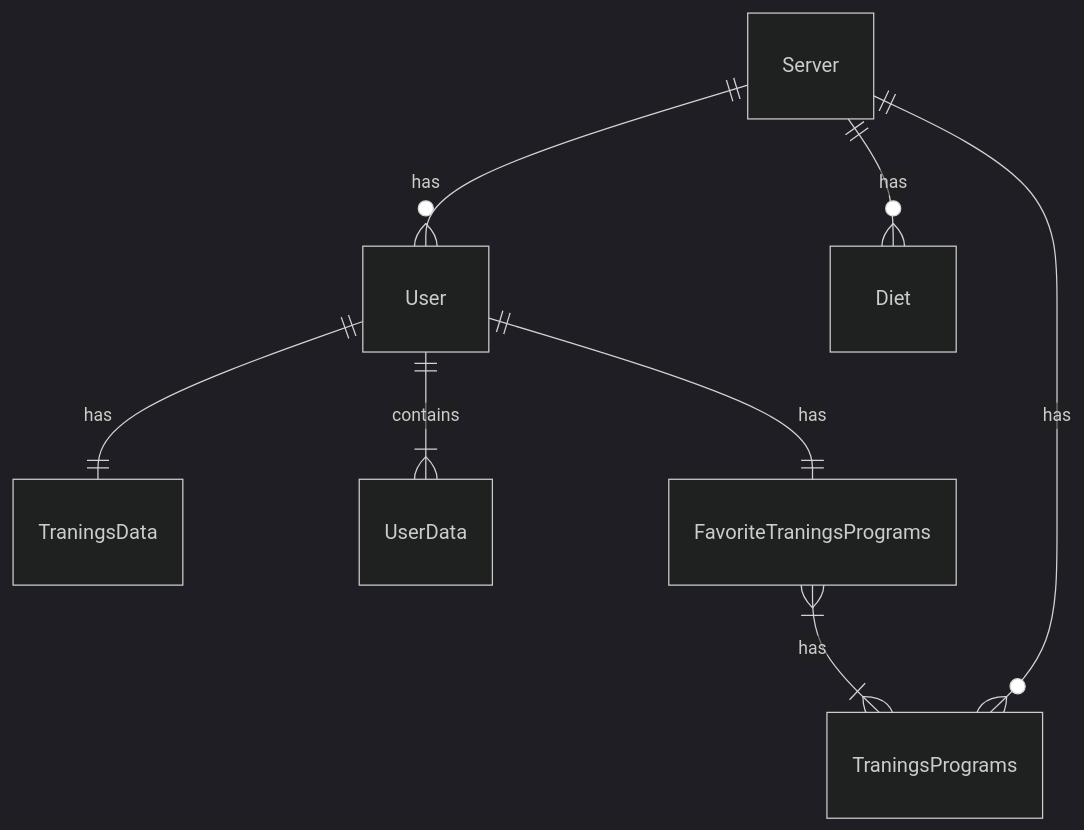
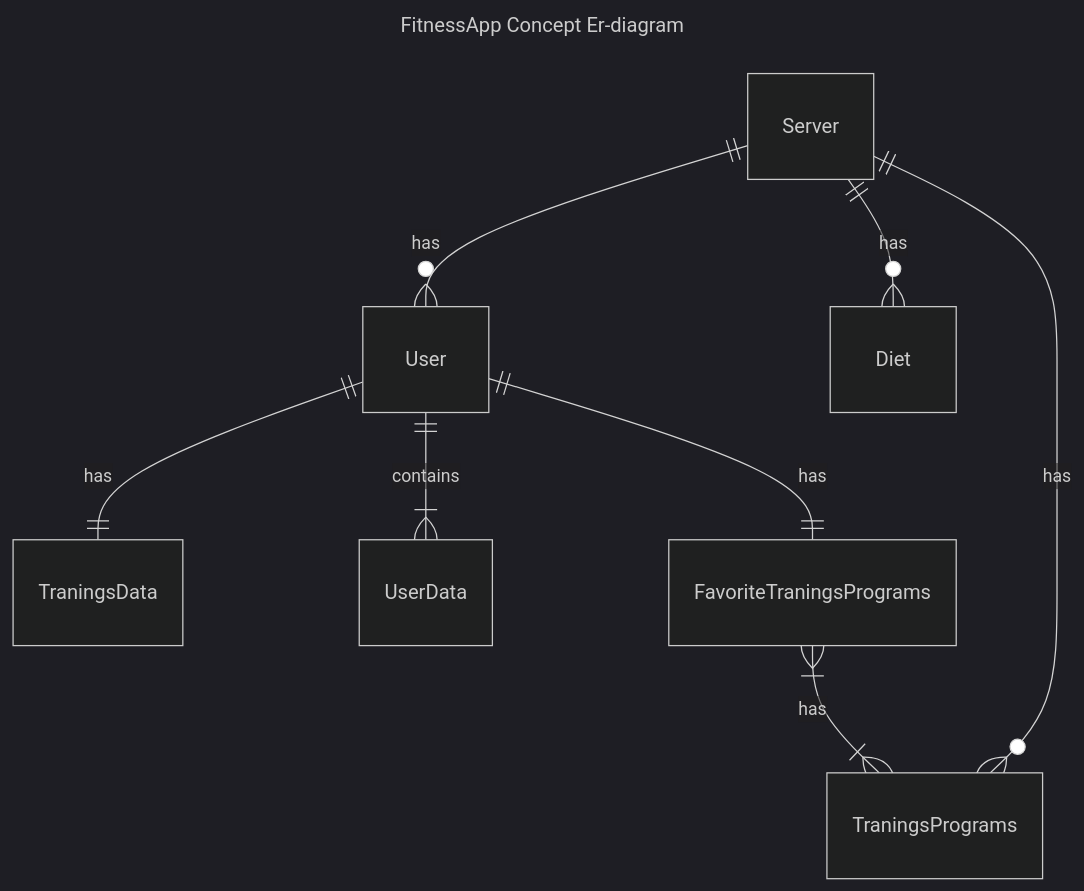
One commit to kamar-dk/Sem.Project4 changed the diagram in System Arkitektur/Database/ConceptDatabase.md. Above: the diagram before and after it, drawn with Mermaid (dark theme).

````diff
--- a/System Arkitektur/Database/ConceptDatabase.md
+++ b/System Arkitektur/Database/ConceptDatabase.md
@@ -1,40 +1,43 @@
 ```mermaid
+---
+title: FitnessApp Concept Er-diagram
+---
 erDiagram
 
 User {
 
 }
 
 TraningsData {
     
 }
 
 UserData {
 
 }
 
 FavoriteTraningsPrograms {
     
 }
 
 Server {
 
 }
 
 TraningsPrograms {
 
 }
 
 Diet {
 
 }
 
 User ||--|| TraningsData : has
 User ||--|{ UserData : contains
 User ||--|| FavoriteTraningsPrograms : has
 FavoriteTraningsPrograms }|--|{ TraningsPrograms : has
 Server ||--o{ TraningsPrograms : has
 Server ||--o{ User : has
 Server ||--o{ Diet : has
 
 ```
````
